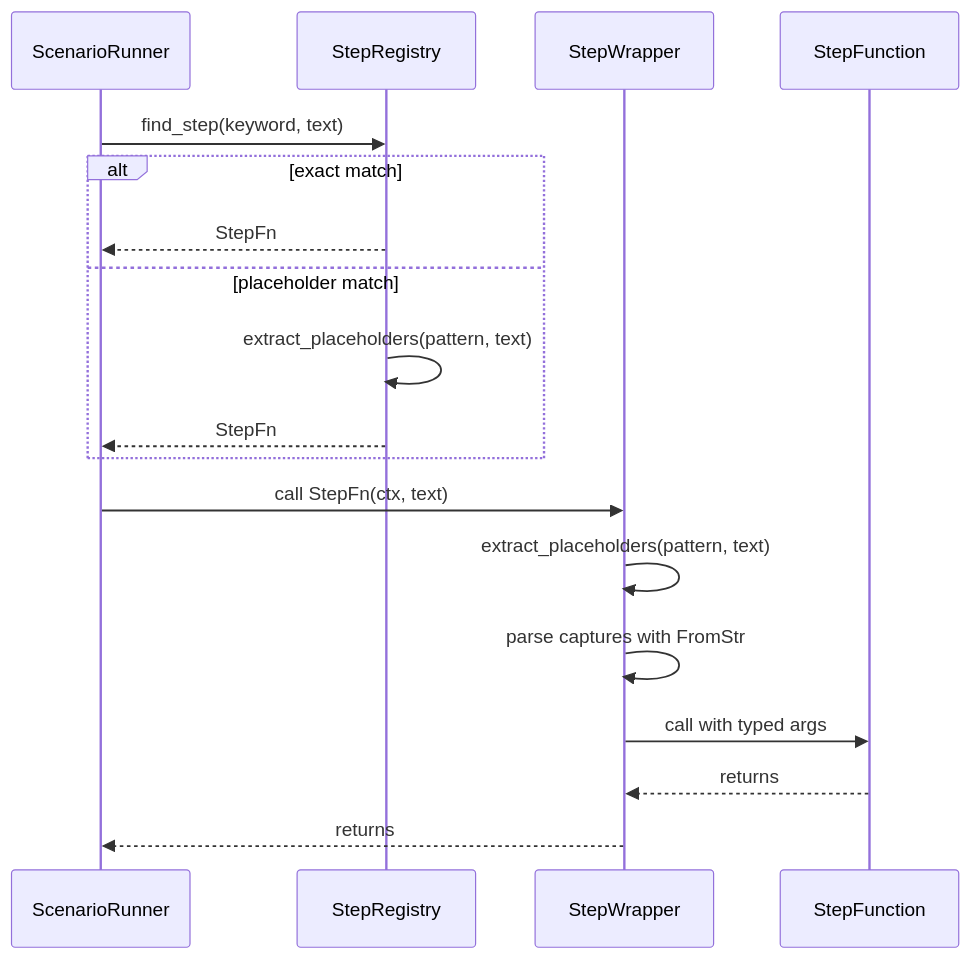
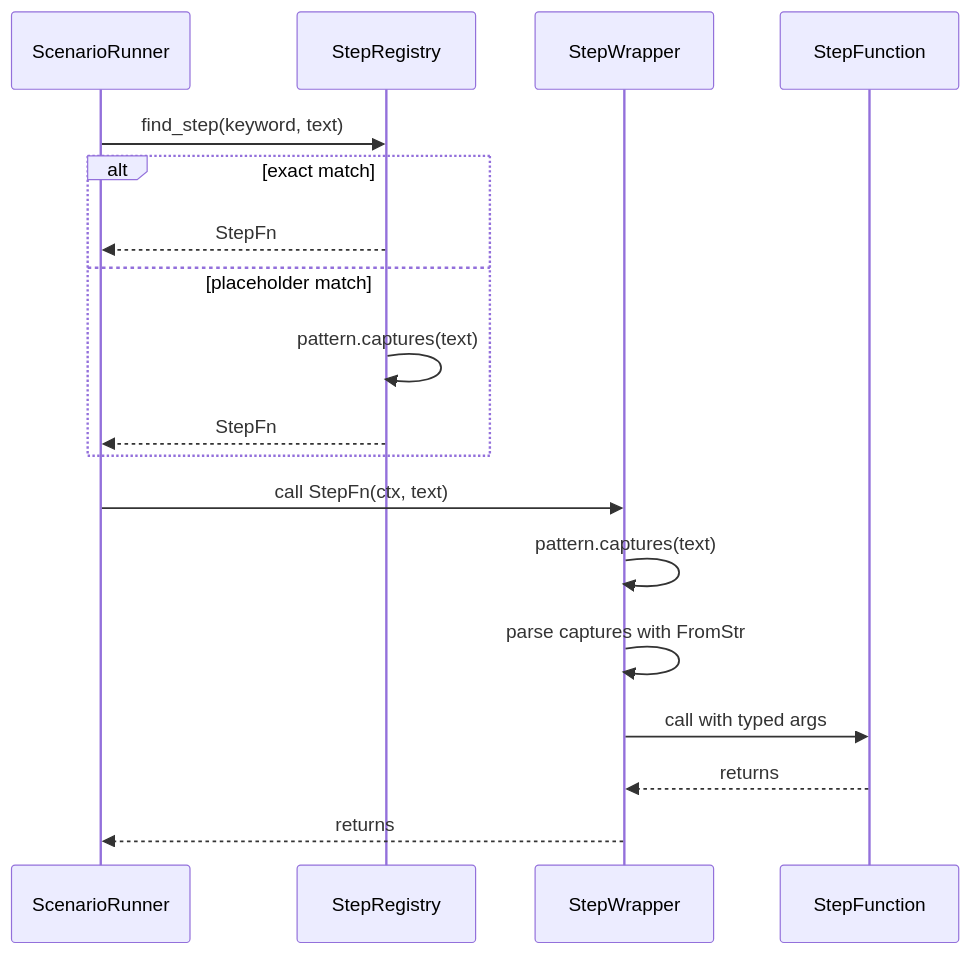
Before and after one commit to leynos/rstest-bdd: the third of 3 diagrams in docs/rstest-bdd-design.md, drawn with Mermaid. The commit also changed other lines of this file and 4 other files, not shown here.

````diff
--- a/docs/rstest-bdd-design.md
+++ b/docs/rstest-bdd-design.md
@@ -874,21 +874,21 @@
 ```mermaid
 sequenceDiagram
     participant ScenarioRunner
     participant StepRegistry
     participant StepWrapper
     participant StepFunction
 
     ScenarioRunner->>StepRegistry: find_step(keyword, text)
     alt exact match
         StepRegistry-->>ScenarioRunner: StepFn
     else placeholder match
-        StepRegistry->>StepRegistry: extract_placeholders(pattern, text)
+        StepRegistry->>StepRegistry: pattern.captures(text)
         StepRegistry-->>ScenarioRunner: StepFn
     end
     ScenarioRunner->>StepWrapper: call StepFn(ctx, text)
-    StepWrapper->>StepWrapper: extract_placeholders(pattern, text)
+    StepWrapper->>StepWrapper: pattern.captures(text)
     StepWrapper->>StepWrapper: parse captures with FromStr
     StepWrapper->>StepFunction: call with typed args
     StepFunction-->>StepWrapper: returns
     StepWrapper-->>ScenarioRunner: returns
 ```
````
